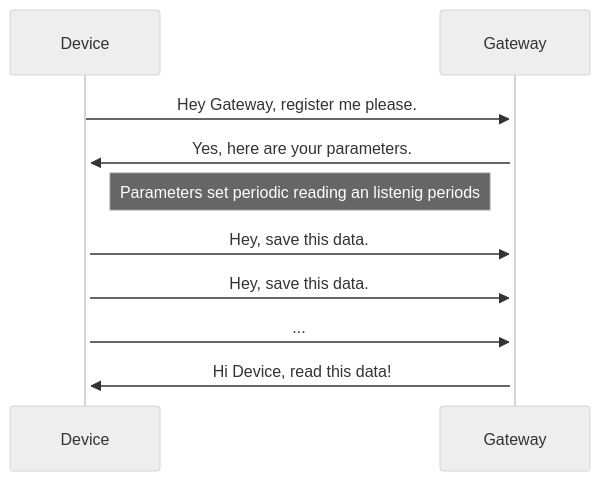
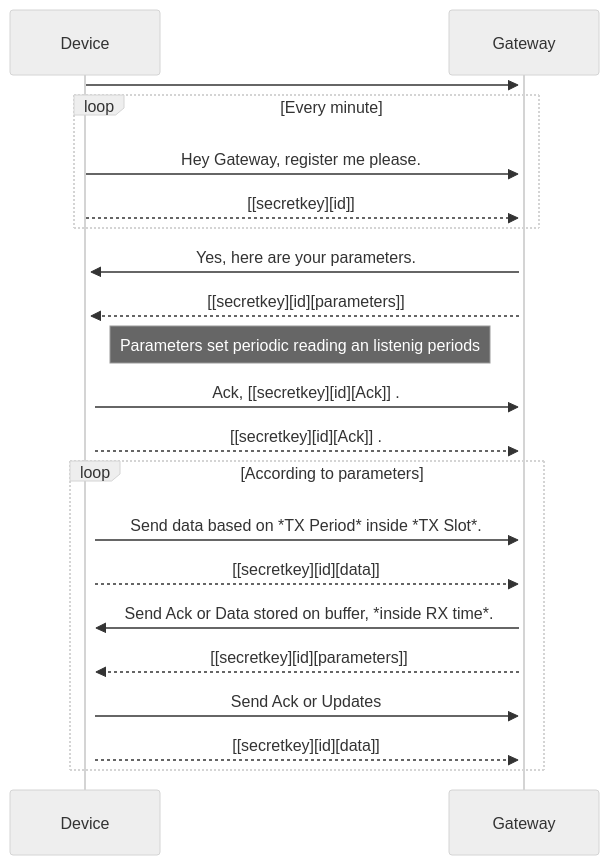
Before and after one commit to FrancoRosa/sensor-network: the diagram in README.md, drawn with Mermaid (neutral theme). The commit also changed other lines of this file and 4 other files, not shown here.

Commit message:
Update readme with mermaid

````diff
--- a/README.md
+++ b/README.md
@@ -80,10 +80,21 @@
 ```mermaid
 sequenceDiagram
-    Device->>+Gateway: Hey Gateway, register me please.
+    Device->>+Gateway: 
+    loop Every minute
+        Device->>Gateway: Hey Gateway, register me please.
+        Device-->>Gateway: [[secretkey][id]]
+    end
     Gateway->>+Device: Yes, here are your parameters.
+    Gateway-->>+Device: [[secretkey][id][parameters]]
     Note right of Device: Parameters set periodic reading an listenig periods
-    Device->>+Gateway: Hey, save this data.
-    Device->>+Gateway: Hey, save this data.
-    Device->>+Gateway: ...
-    Gateway->>+Device: Hi Device, read this data!
+    Device->>+Gateway: Ack, [[secretkey][id][Ack]] .
+    Device-->>Gateway: [[secretkey][id][Ack]] .
+    loop According to parameters
+        Device->>Gateway: Send data based on *TX Period* inside *TX Slot*.
+        Device-->>Gateway:[[secretkey][id][data]]
+        Gateway->>Device: Send Ack or Data stored on buffer, *inside RX time*. 
+        Gateway-->>Device:[[secretkey][id][parameters]]
+        Device->>Gateway: Send Ack or Updates
+        Device-->>Gateway: [[secretkey][id][data]]
+    end
 ```
````
